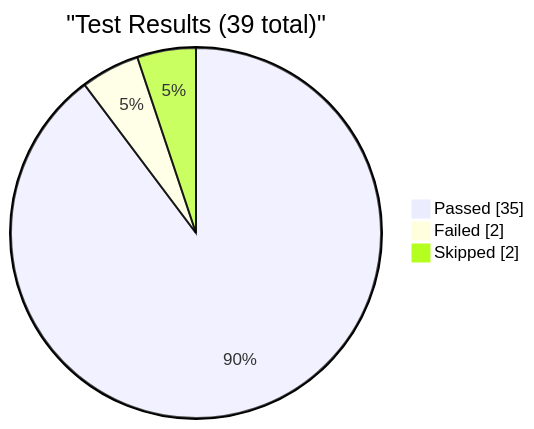
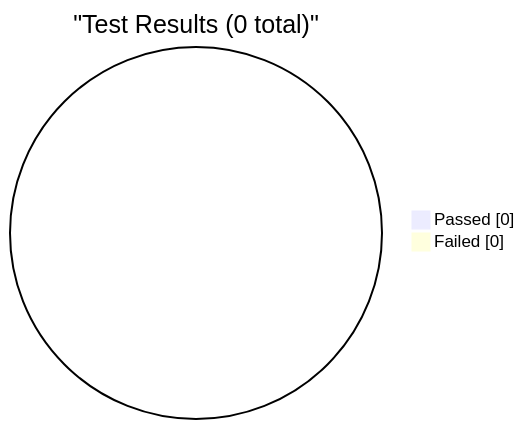
Before and after one commit to EliteaAI/onetest-ai-tm-Elitea: the first of 6 diagrams in reports/dashboard.md, drawn with Mermaid. The commit also changed other lines of this file and 1 other file, not shown here.

Commit message:
dashboard: update test metrics for RUN-ELITEA-2026-10-23-315-DEV-CHAT-PASSED

````diff
--- a/reports/dashboard.md
+++ b/reports/dashboard.md
@@ -9,7 +9,6 @@
 ```mermaid
 pie showData
-    title "Test Results (39 total)"
-    "Passed" : 35
-    "Failed" : 2
-    "Skipped" : 2
+    title "Test Results (0 total)"
+    "Passed" : 0
+    "Failed" : 0
 ```
````
